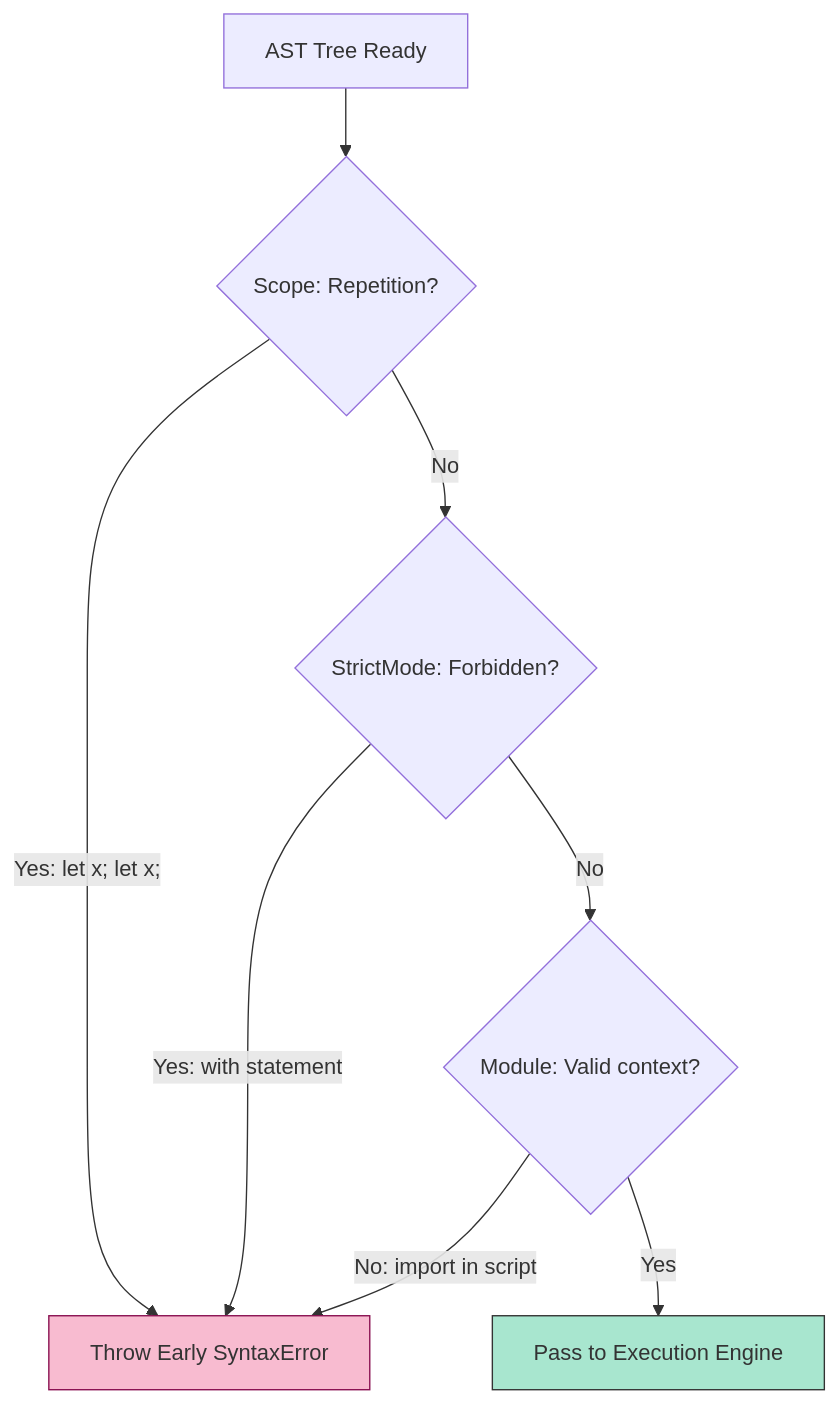
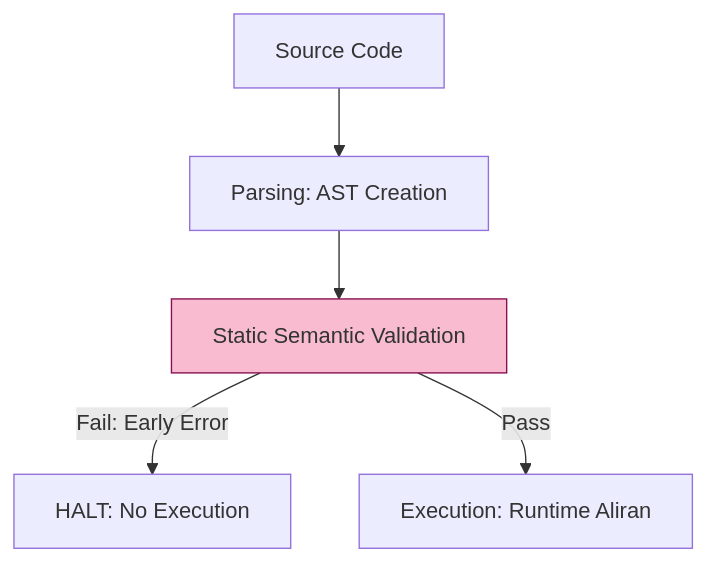
The diagram in RAK-04-core-specification/SR-01-spec-algorithm-conventions/BK-04_StaticSemanticRules/CH-01_StaticSemantics/README.md (syahputrawork98-sketch/JavaScript-Learning-Hub), drawn with Mermaid before and after one commit. The commit also changed other lines of this file and 30 other files, not shown here.

````diff
--- a/RAK-04-core-specification/SR-01-spec-algorithm-conventions/BK-04_StaticSemanticRules/CH-01_StaticSemantics/README.md
+++ b/RAK-04-core-specification/SR-01-spec-algorithm-conventions/BK-04_StaticSemanticRules/CH-01_StaticSemantics/README.md
@@ -24,13 +19,9 @@
 ```mermaid
 graph TD
-    Parsed[AST Tree Ready] --> Check1{Scope: Repetition?}
-    Check1 -->|Yes: let x; let x;| Err[Throw Early SyntaxError]
-    Check1 -->|No| Check2{StrictMode: Forbidden?}
-    Check2 -->|Yes: with statement| Err
-    Check2 -->|No| Check3{Module: Valid context?}
-    Check3 -->|No: import in script| Err
-    Check3 -->|Yes| Success[Pass to Execution Engine]
+    Code[Source Code] --> P[Parsing: AST Creation]
+    P --> S[Static Semantic Validation]
+    S -->|Fail: Early Error| Stop[HALT: No Execution]
+    S -->|Pass| Exec[Execution: Runtime Aliran]
     
-    style Success fill:#a8e6cf,stroke:#333
-    style Err fill:#f8bbd0,stroke:#880e4f
+    style S fill:#f8bbd0,stroke:#880e4f
 ```
````
